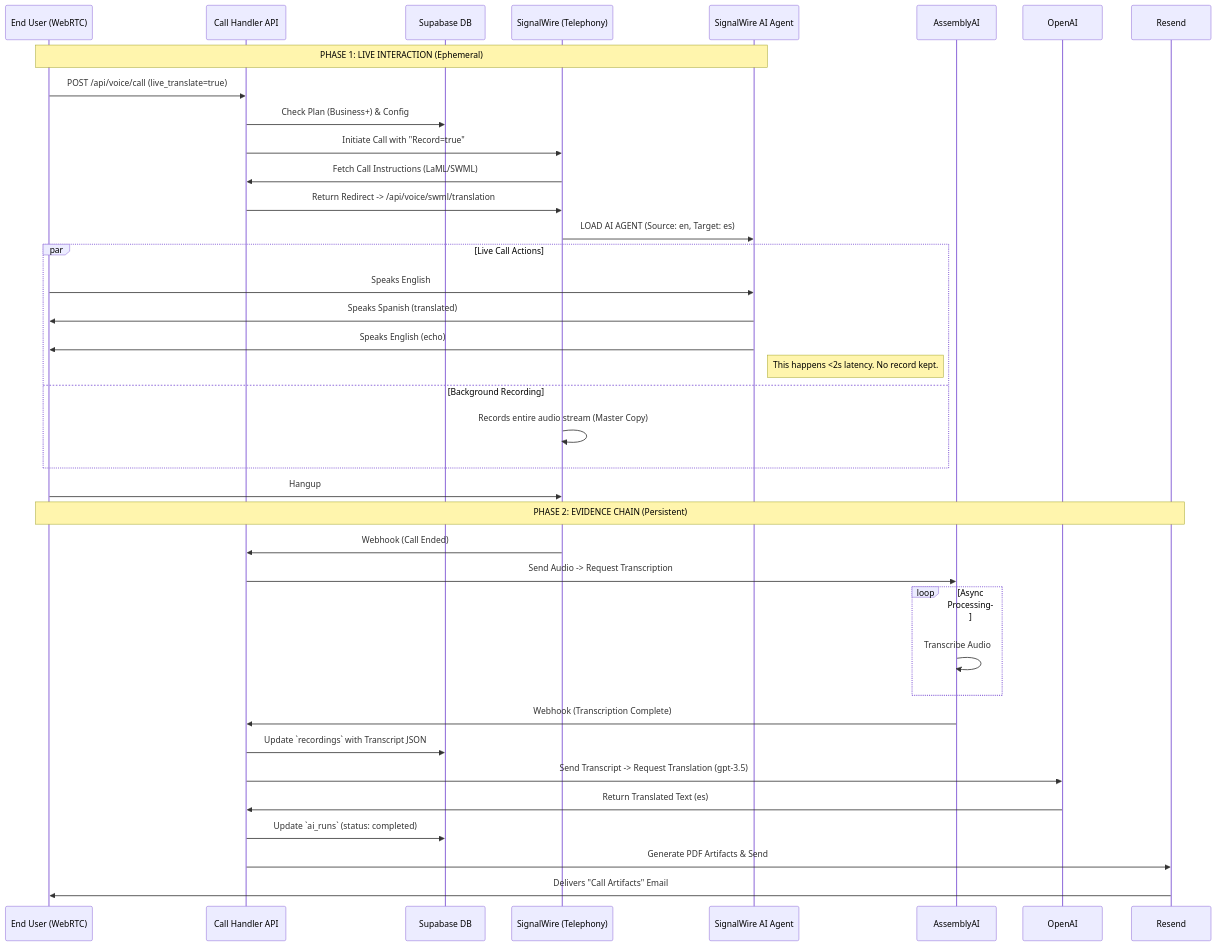
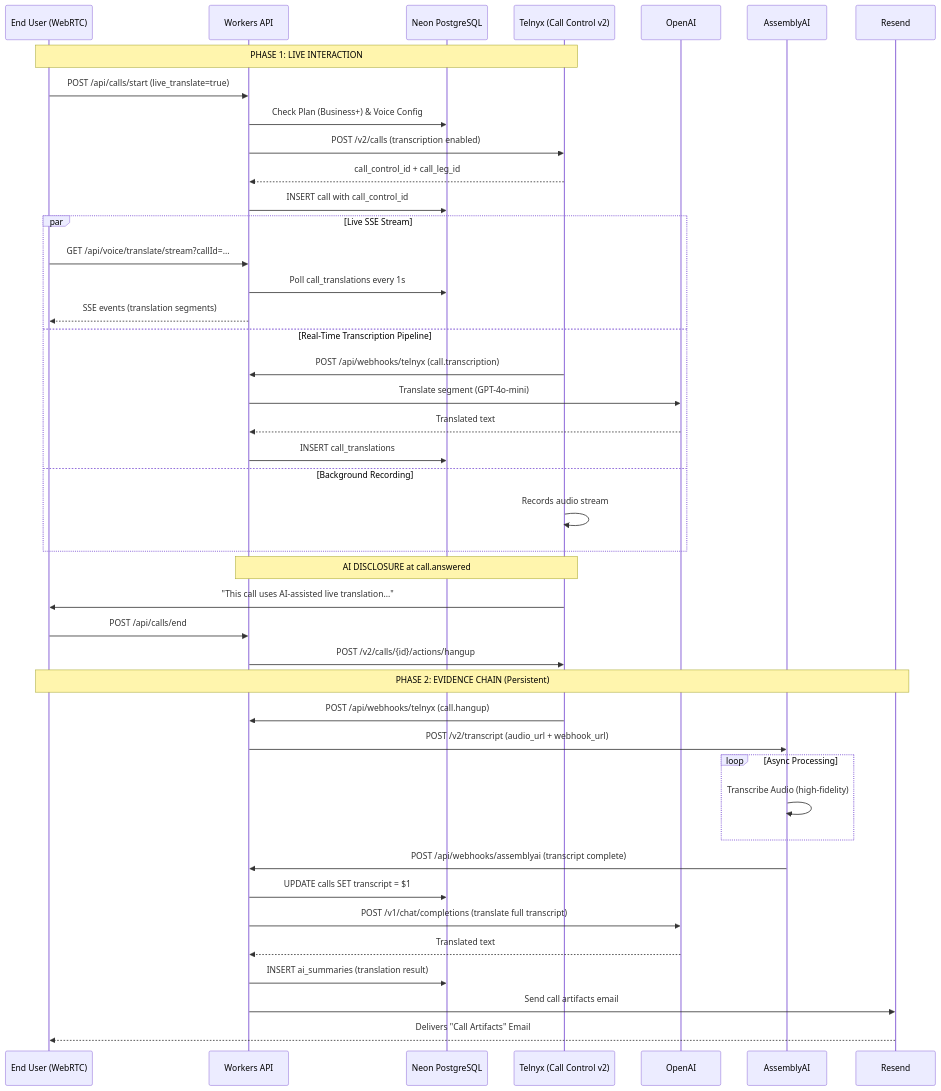
One commit to adrper79-dot/CallMonitor changed the diagram in ARCH_DOCS/02-FEATURES/LIVE_TRANSLATION_FLOW.md. Above: the diagram before and after it, drawn with Mermaid. The commit also changed other lines of this file and 196 other files, not shown here.

````diff
--- a/ARCH_DOCS/02-FEATURES/LIVE_TRANSLATION_FLOW.md
+++ b/ARCH_DOCS/02-FEATURES/LIVE_TRANSLATION_FLOW.md
@@ -22,49 +29,56 @@
 ```mermaid
 sequenceDiagram
     participant User as End User (WebRTC)
-    participant API as Call Handler API
-    participant DB as Supabase DB
-    participant SW as SignalWire (Telephony)
-    participant Agent as SignalWire AI Agent
+    participant API as Workers API
+    participant DB as Neon PostgreSQL
+    participant Telnyx as Telnyx (Call Control v2)
+    participant OAI as OpenAI
     participant AAI as AssemblyAI
-    participant OAI as OpenAI
     participant Email as Resend
 
-    Note over User, Agent: PHASE 1: LIVE INTERACTION (Ephemeral)
+    Note over User, Telnyx: PHASE 1: LIVE INTERACTION
 
-    User->>API: POST /api/voice/call (live_translate=true)
-    API->>DB: Check Plan (Business+) & Config
-    API->>SW: Initiate Call with "Record=true"
-    SW->>API: Fetch Call Instructions (LaML/SWML)
-    API->>SW: Return Redirect -> /api/voice/swml/translation
-    SW->>Agent: LOAD AI AGENT (Source: en, Target: es)
-    
-    par Live Call Actions
-        User->>Agent: Speaks English
-        Agent->>User: Speaks Spanish (translated)
-        Agent->>User: Speaks English (echo)
-        Note right of Agent: This happens <2s latency. No record kept.
+    User->>API: POST /api/calls/start (live_translate=true)
+    API->>DB: Check Plan (Business+) & Voice Config
+    API->>Telnyx: POST /v2/calls (transcription enabled)
+    Telnyx-->>API: call_control_id + call_leg_id
+    API->>DB: INSERT call with call_control_id
+
+    par Live SSE Stream
+        User->>API: GET /api/voice/translate/stream?callId=...
+        API->>DB: Poll call_translations every 1s
+        API-->>User: SSE events (translation segments)
+    and Real-Time Transcription Pipeline
+        Telnyx->>API: POST /api/webhooks/telnyx (call.transcription)
+        API->>OAI: Translate segment (GPT-4o-mini)
+        OAI-->>API: Translated text
+        API->>DB: INSERT call_translations
     and Background Recording
-        SW->>SW: Records entire audio stream (Master Copy)
+        Telnyx->>Telnyx: Records audio stream
     end
 
-    User->>SW: Hangup
+    Note over Telnyx, API: AI DISCLOSURE at call.answered
+    Telnyx->>User: "This call uses AI-assisted live translation..."
+
+    User->>API: POST /api/calls/end
+    API->>Telnyx: POST /v2/calls/{id}/actions/hangup
+
     Note over User, Email: PHASE 2: EVIDENCE CHAIN (Persistent)
 
-    SW->>API: Webhook (Call Ended)
-    API->>AAI: Send Audio -> Request Transcription
-    
+    Telnyx->>API: POST /api/webhooks/telnyx (call.hangup)
+    API->>AAI: POST /v2/transcript (audio_url + webhook_url)
+
     loop Async Processing
-        AAI->>AAI: Transcribe Audio
+        AAI->>AAI: Transcribe Audio (high-fidelity)
     end
 
-    AAI->>API: Webhook (Transcription Complete)
-    API->>DB: Update `recordings` with Transcript JSON
-    
-    API->>OAI: Send Transcript -> Request Translation (gpt-3.5)
-    OAI->>API: Return Translated Text (es)
-    API->>DB: Update `ai_runs` (status: completed)
+    AAI->>API: POST /api/webhooks/assemblyai (transcript complete)
+    API->>DB: UPDATE calls SET transcript = $1
 
-    API->>Email: Generate PDF Artifacts & Send
-    Email->>User: Delivers "Call Artifacts" Email
+    API->>OAI: POST /v1/chat/completions (translate full transcript)
+    OAI-->>API: Translated text
+    API->>DB: INSERT ai_summaries (translation result)
+
+    API->>Email: Send call artifacts email
+    Email-->>User: Delivers "Call Artifacts" Email
 ```
````
